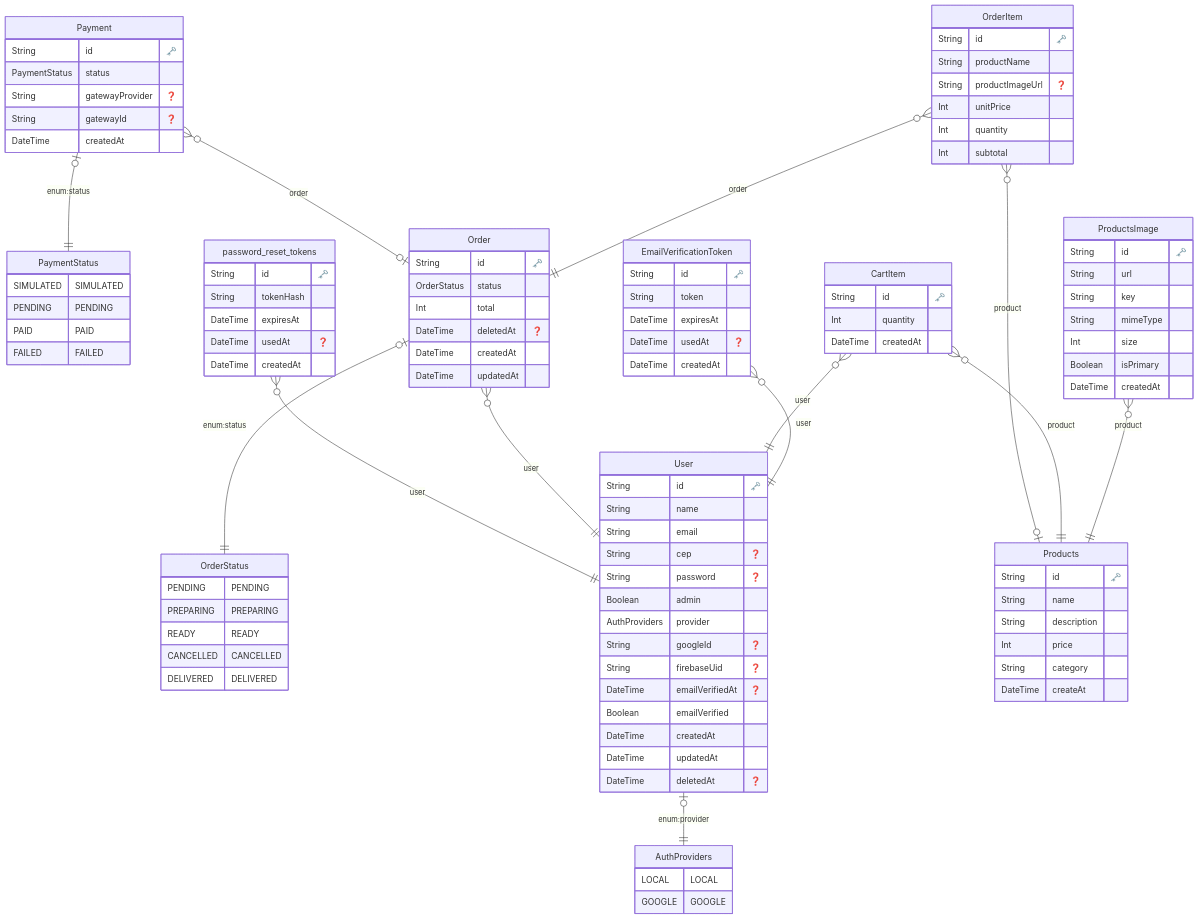
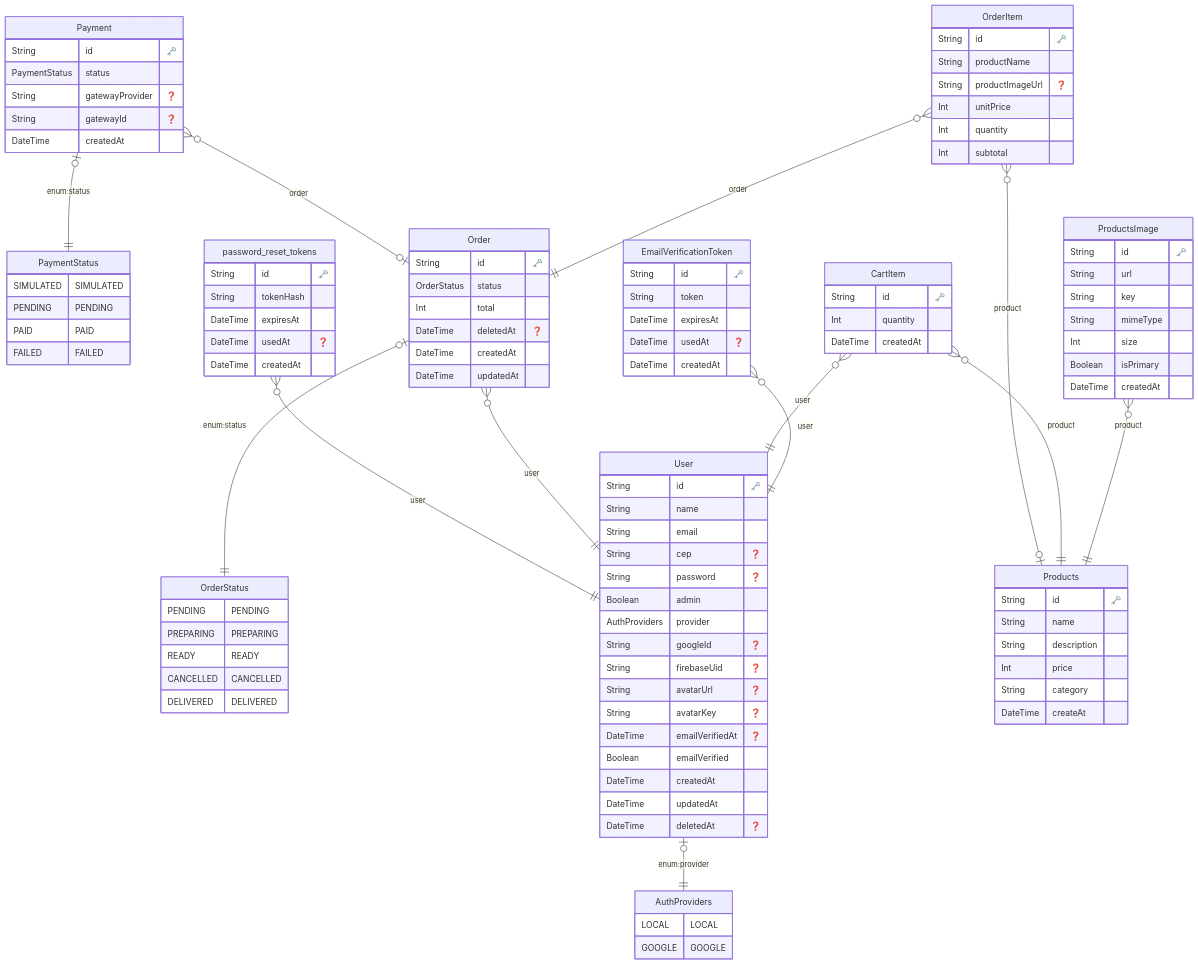
The diagram in back-end/docs/architecture/ERD.md (DevWesleyMedeiros/casa-do-hamburger), drawn with Mermaid before and after one commit. The commit also changed 2 other files, not shown here.

Commit message:
feat(User): add avatarUrl and avatarKey fields for user profile images

```diff
--- a/back-end/docs/architecture/ERD.md
+++ b/back-end/docs/architecture/ERD.md
@@ -5,7 +5,7 @@
             LOCAL LOCAL
 GOOGLE GOOGLE
         }
-
+    
 
 
         OrderStatus {
@@ -15,7 +15,7 @@
 CANCELLED CANCELLED
 DELIVERED DELIVERED
         }
-
+    
 
 
         PaymentStatus {
@@ -24,99 +24,101 @@
 PAID PAID
 FAILED FAILED
         }
-
+    
   "User" {
     String id "🗝️"
-    String name
-    String email
+    String name 
+    String email 
     String cep "❓"
     String password "❓"
-    Boolean admin
-    AuthProviders provider
+    Boolean admin 
+    AuthProviders provider 
     String googleId "❓"
     String firebaseUid "❓"
+    String avatarUrl "❓"
+    String avatarKey "❓"
     DateTime emailVerifiedAt "❓"
-    Boolean emailVerified
-    DateTime createdAt
-    DateTime updatedAt
+    Boolean emailVerified 
+    DateTime createdAt 
+    DateTime updatedAt 
     DateTime deletedAt "❓"
     }
-
+  
 
   "EmailVerificationToken" {
     String id "🗝️"
-    String token
-    DateTime expiresAt
+    String token 
+    DateTime expiresAt 
     DateTime usedAt "❓"
-    DateTime createdAt
+    DateTime createdAt 
     }
-
+  
 
   "Products" {
     String id "🗝️"
-    String name
-    String description
-    Int price
-    String category
-    DateTime createAt
+    String name 
+    String description 
+    Int price 
+    String category 
+    DateTime createAt 
     }
-
+  
 
   "ProductsImage" {
     String id "🗝️"
-    String url
-    String key
-    String mimeType
-    Int size
-    Boolean isPrimary
-    DateTime createdAt
+    String url 
+    String key 
+    String mimeType 
+    Int size 
+    Boolean isPrimary 
+    DateTime createdAt 
     }
-
+  
 
   "CartItem" {
     String id "🗝️"
-    Int quantity
-    DateTime createdAt
+    Int quantity 
+    DateTime createdAt 
     }
-
+  
 
   "Order" {
     String id "🗝️"
-    OrderStatus status
-    Int total
+    OrderStatus status 
+    Int total 
     DateTime deletedAt "❓"
-    DateTime createdAt
-    DateTime updatedAt
+    DateTime createdAt 
+    DateTime updatedAt 
     }
-
+  
 
   "OrderItem" {
     String id "🗝️"
-    String productName
+    String productName 
     String productImageUrl "❓"
-    Int unitPrice
-    Int quantity
-    Int subtotal
+    Int unitPrice 
+    Int quantity 
+    Int subtotal 
     }
-
+  
 
   "Payment" {
     String id "🗝️"
-    PaymentStatus status
+    PaymentStatus status 
     String gatewayProvider "❓"
     String gatewayId "❓"
-    DateTime createdAt
+    DateTime createdAt 
     }
-
+  
 
   "password_reset_tokens" {
     String id "🗝️"
-    String tokenHash
-    DateTime expiresAt
+    String tokenHash 
+    DateTime expiresAt 
     DateTime usedAt "❓"
-    DateTime createdAt
+    DateTime createdAt 
     }
-
+  
     "User" |o--|| "AuthProviders" : "enum:provider"
     "EmailVerificationToken" }o--|| "User" : "user"
     "ProductsImage" }o--|| "Products" : "product"
```
